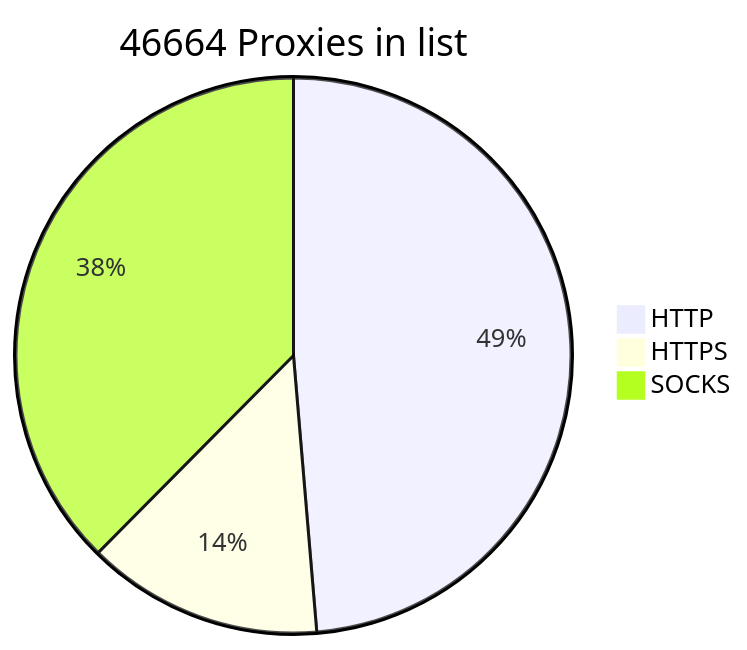
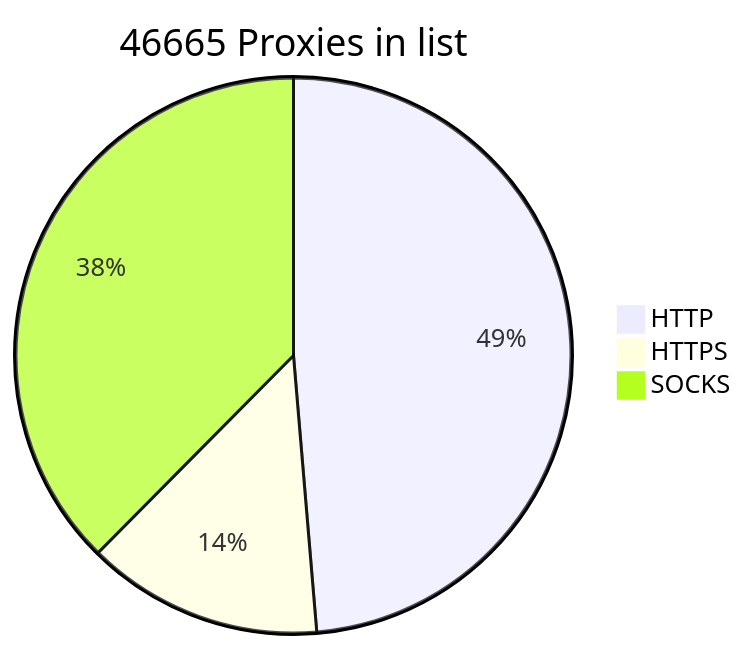
The diagram in README.md (BlackSnowDot/proxylist-update-every-minute), drawn with Mermaid before and after one commit.

````diff
--- a/README.md
+++ b/README.md
@@ -2,6 +2,6 @@
 ```mermaid
-pie title 46664 Proxies in list
-    "HTTP" : 25326
+pie title 46665 Proxies in list
+    "HTTP" : 25327
     "HTTPS": 7163
     "SOCKS" : 19556
 ```
````
